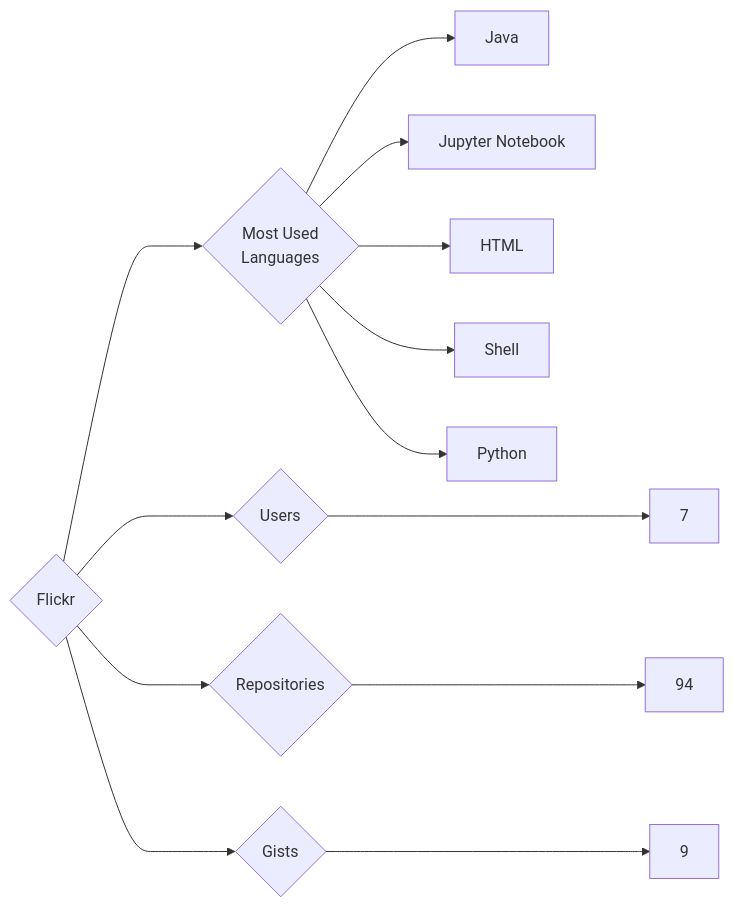
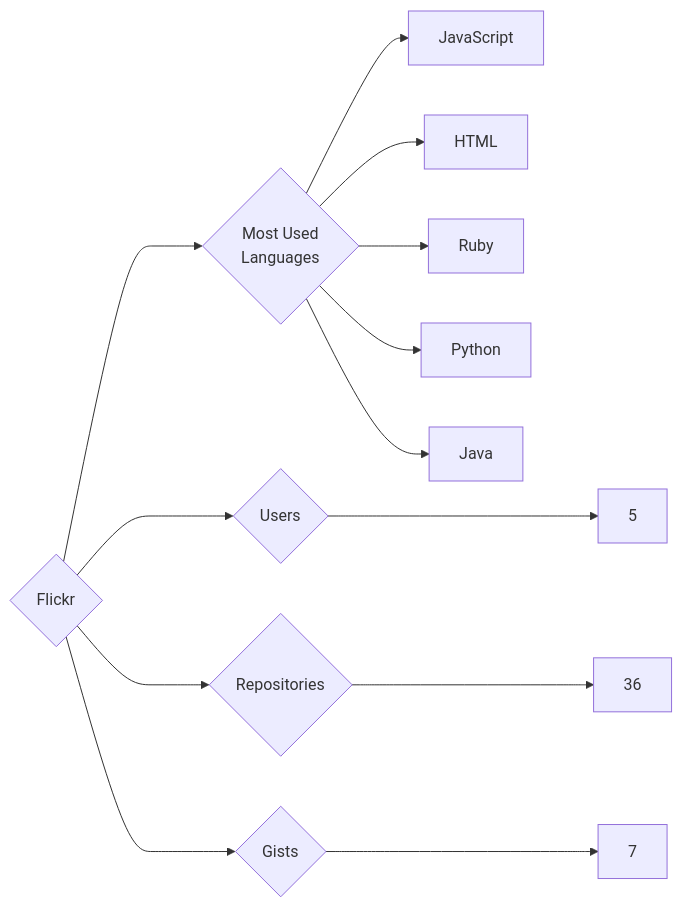
One commit to trickest/insiders changed the diagram in targets/Flickr/README.md. Above: the diagram before and after it, drawn with Mermaid. The commit also changed 1212 other files, not shown here.

````diff
--- a/targets/Flickr/README.md
+++ b/targets/Flickr/README.md
@@ -3,13 +3,13 @@
 ```mermaid
 graph LR
 COMPANY_NAME{Flickr}
-COMPANY_NAME ---> U{Users} ---> UN[7]
-COMPANY_NAME ---> R{Repositories} ---> RN[94]
-COMPANY_NAME ---> G{Gists} ---> GN[9]
+COMPANY_NAME ---> U{Users} ---> UN[5]
+COMPANY_NAME ---> R{Repositories} ---> RN[36]
+COMPANY_NAME ---> G{Gists} ---> GN[7]
 COMPANY_NAME ---> ML{Most Used<br>Languages}
+ML --> JavaScript[JavaScript]
+ML --> HTML[HTML]
+ML --> Ruby[Ruby]
+ML --> Python[Python]
 ML --> Java[Java]
-ML --> Jupyter_Notebook[Jupyter Notebook]
-ML --> HTML[HTML]
-ML --> Shell[Shell]
-ML --> Python[Python]
 ```
````
